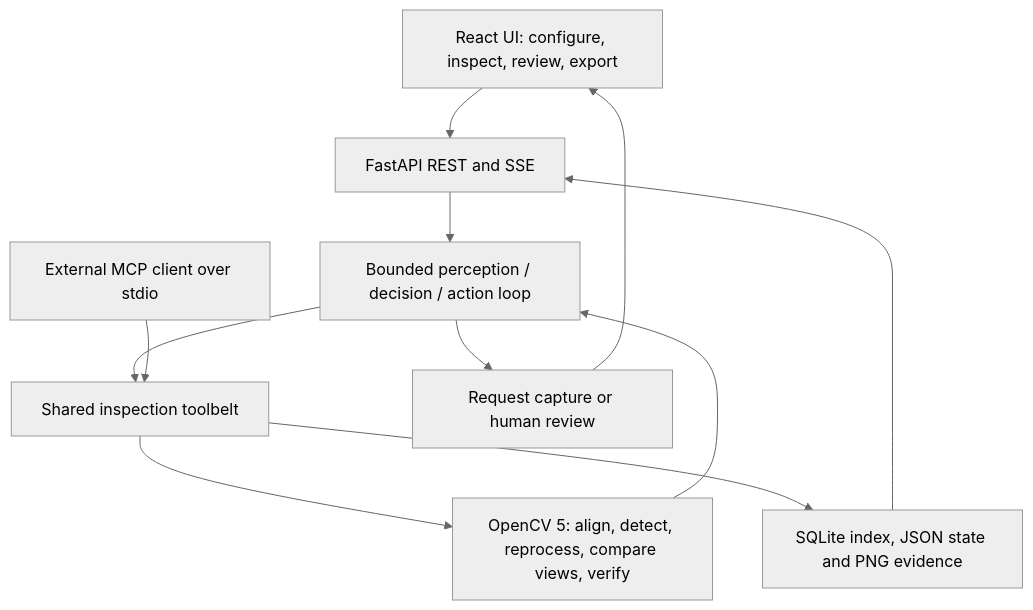
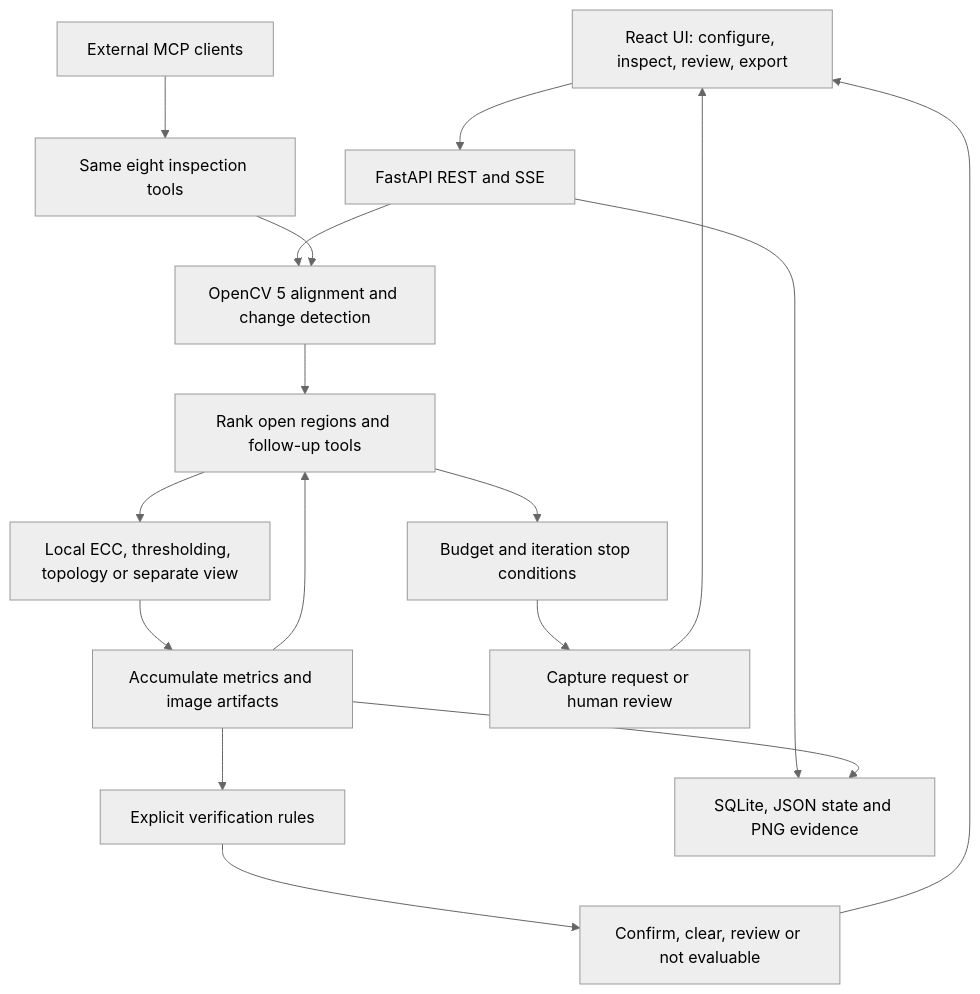
One commit to sgoel2be24-cyber/circuitsleuth changed the first of 2 diagrams in docs/TECHNICAL_REPORT.md. Above: the diagram before and after it, drawn with Mermaid (neutral theme). The commit also changed other lines of this file and 89 other files, not shown here.

````diff
--- a/docs/TECHNICAL_REPORT.md
+++ b/docs/TECHNICAL_REPORT.md
@@ -17,13 +15,19 @@
 ```mermaid
 flowchart TD
     UI[React UI: configure, inspect, review, export] --> API[FastAPI REST and SSE]
-    API --> Agent[Bounded perception / decision / action loop]
-    Agent --> Tools[Shared inspection toolbelt]
-    MCP[External MCP client over stdio] --> Tools
-    Tools --> CV[OpenCV 5: align, detect, reprocess, compare views, verify]
-    CV --> Agent
-    Agent --> Review[Request capture or human review]
-    Review --> UI
-    Tools --> Store[SQLite index, JSON state and PNG evidence]
-    Store --> API
+    API --> Perception[OpenCV 5 alignment and change detection]
+    Perception --> Plan[Rank open regions and follow-up tools]
+    Plan --> Act[Local ECC, thresholding, topology or separate view]
+    Act --> Evidence[Accumulate metrics and image artifacts]
+    Evidence --> Plan
+    Evidence --> Verify[Explicit verification rules]
+    Verify --> Decision[Confirm, clear, review or not evaluable]
+    Decision --> UI
+    Plan --> Budget[Budget and iteration stop conditions]
+    Budget --> Human[Capture request or human review]
+    Human --> UI
+    MCP[External MCP clients] --> Tools[Same eight inspection tools]
+    Tools --> Perception
+    API --> Store[SQLite, JSON state and PNG evidence]
+    Evidence --> Store
 ```
````
